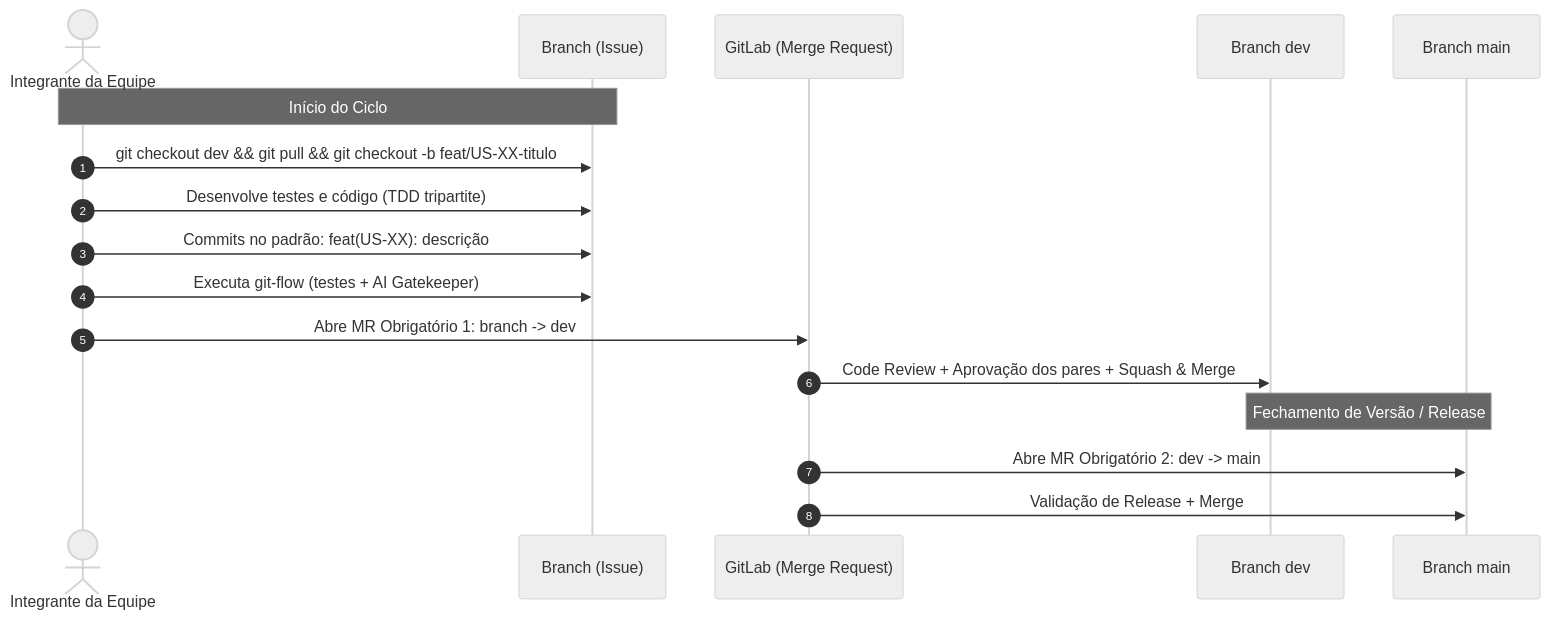
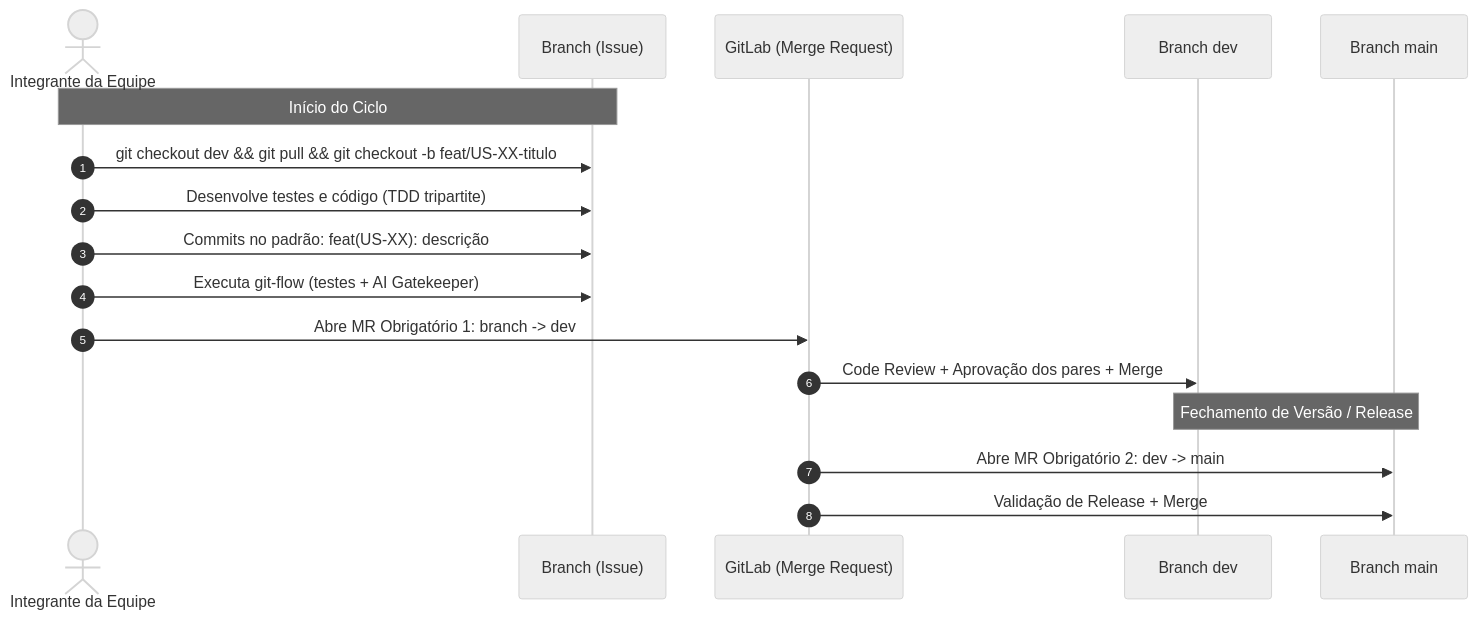
One commit to JPCalsavara/si600-web-petshop changed the diagram in docs/branching-strategy.md. Above: the diagram before and after it, drawn with Mermaid (neutral theme). The commit also changed other lines of this file and 67 other files, not shown here.

Commit message:
refactor(US-17): consolida arquitetura do frontend, rfcs gerais com mer e cancela squash and merge

````diff
--- a/docs/branching-strategy.md
+++ b/docs/branching-strategy.md
@@ -69,21 +69,21 @@
 ```mermaid
 sequenceDiagram
     autonumber
     actor Dev as Integrante da Equipe
     participant Branch as Branch (Issue)
     participant GitLabMR as GitLab (Merge Request)
     participant DevBranch as Branch dev
     participant MainBranch as Branch main
 
     Note over Dev,Branch: Início do Ciclo
     Dev->>Branch: git checkout dev && git pull && git checkout -b feat/US-XX-titulo
     Dev->>Branch: Desenvolve testes e código (TDD tripartite)
     Dev->>Branch: Commits no padrão: feat(US-XX): descrição
     Dev->>Branch: Executa git-flow (testes + AI Gatekeeper)
     Dev->>GitLabMR: Abre MR Obrigatório 1: branch -> dev
-    GitLabMR->>DevBranch: Code Review + Aprovação dos pares + Squash & Merge
+    GitLabMR->>DevBranch: Code Review + Aprovação dos pares + Merge
     
     Note over DevBranch,MainBranch: Fechamento de Versão / Release
     GitLabMR->>MainBranch: Abre MR Obrigatório 2: dev -> main
     GitLabMR->>MainBranch: Validação de Release + Merge
 ```
````
